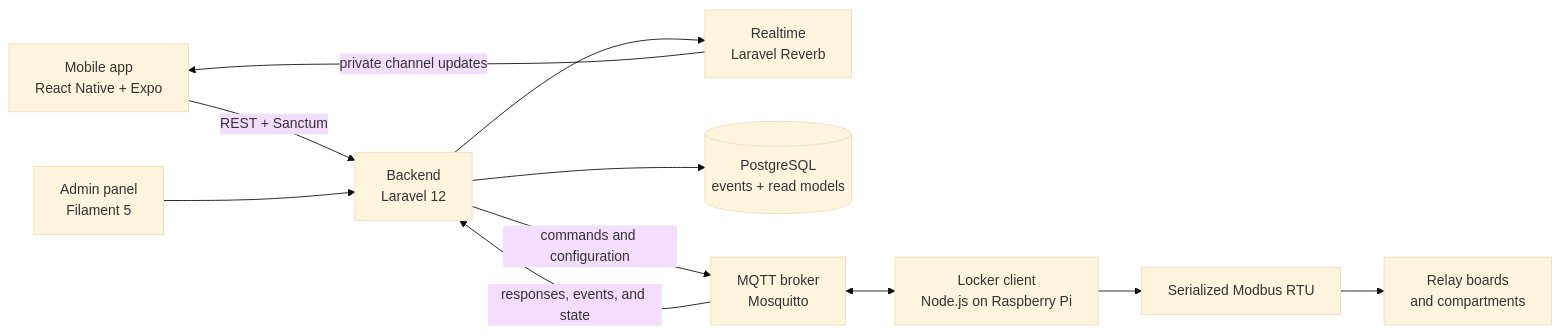
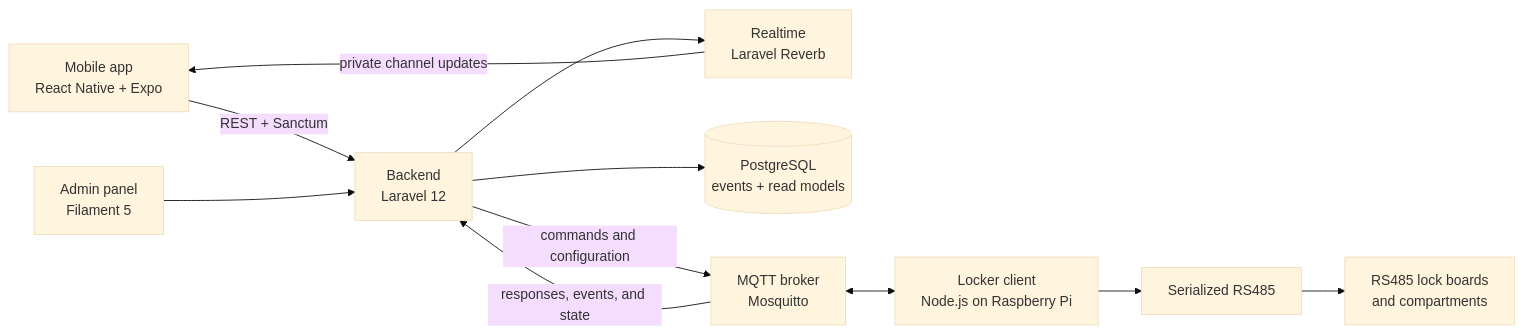
Before and after one commit to Open-Locker/Open-Locker: the diagram in docs/Architecture.md, drawn with Mermaid (base theme). The commit also changed other lines of this file and 86 other files, not shown here.

First line of the commit message:
feat: make the RS485 lock board the only locker-client adapter (#307)

````diff
--- a/docs/Architecture.md
+++ b/docs/Architecture.md
@@ -8,22 +8,22 @@
 ```mermaid
 flowchart LR
     Mobile["Mobile app<br/>React Native + Expo"]
     Admin["Admin panel<br/>Filament 5"]
     API["Backend<br/>Laravel 12"]
     Reverb["Realtime<br/>Laravel Reverb"]
     DB[("PostgreSQL<br/>events + read models")]
     Broker["MQTT broker<br/>Mosquitto"]
     Client["Locker client<br/>Node.js on Raspberry Pi"]
-    Modbus["Serialized Modbus RTU"]
-    Hardware["Relay boards<br/>and compartments"]
+    Bus["Serialized RS485"]
+    Hardware["RS485 lock boards<br/>and compartments"]
 
     Mobile -->|REST + Sanctum| API
     Admin --> API
     API --> DB
     API -->|commands and configuration| Broker
     Broker -->|responses, events, and state| API
     Broker <--> Client
     API --> Reverb
     Reverb -->|private channel updates| Mobile
-    Client --> Modbus --> Hardware
+    Client --> Bus --> Hardware
 ```
````
